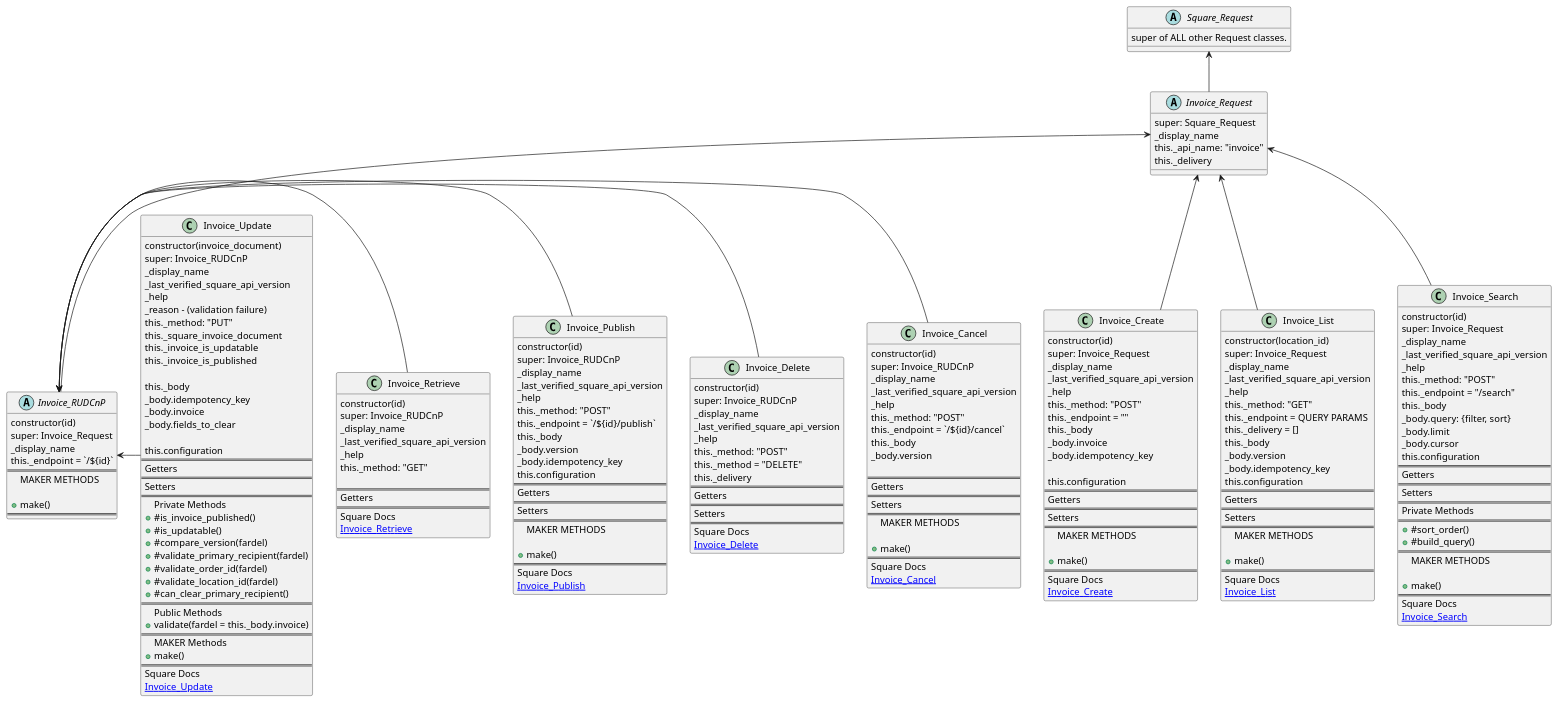
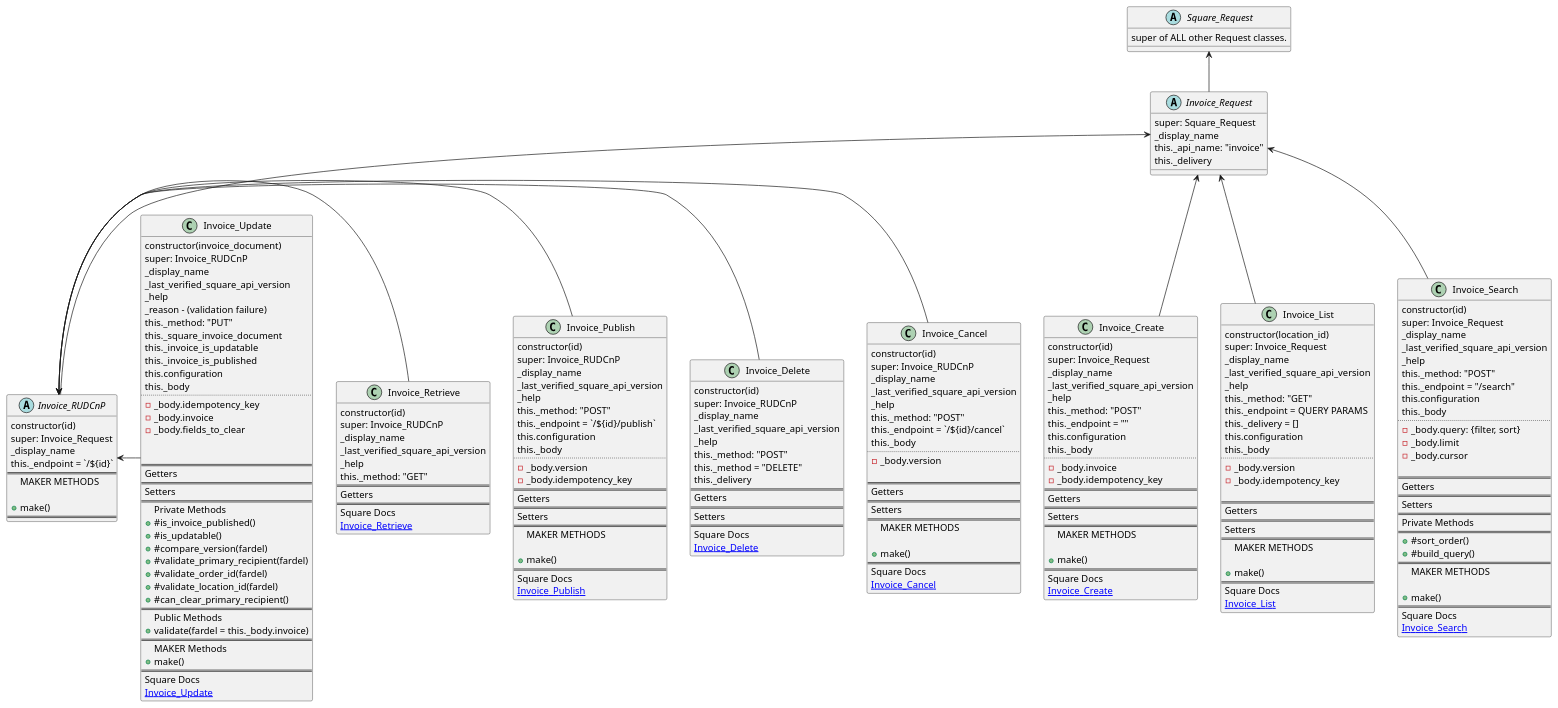
The diagram in docs/uml/pie_invoice_api.puml (TwoFistedJustice/square-pie), drawn with PlantUML before and after one commit.

Commit message:
docs: format body sections

```diff
--- a/docs/uml/pie_invoice_api.puml
+++ b/docs/uml/pie_invoice_api.puml
@@ -44,11 +44,11 @@
 _help
 this._method: "POST"
 this._endpoint = ""
+this.configuration
 this._body
-_body.invoice
-_body.idempotency_key
-
-this.configuration
+..
+-_body.invoice
+-_body.idempotency_key
 ==
 Getters
 ==
@@ -72,10 +72,12 @@
 this._method: "GET"
 this._endpoint = QUERY PARAMS
 this._delivery = []
+this.configuration
 this._body
-_body.version
-_body.idempotency_key
-this.configuration
+..
+-_body.version
+-_body.idempotency_key
+
 ==
 Getters
 ==
@@ -100,7 +102,8 @@
 this._method: "POST"
 this._endpoint = `/${id}/cancel`
 this._body
-_body.version
+..
+-_body.version
 
 ==
 Getters
@@ -142,10 +145,11 @@
 _help
 this._method: "POST"
 this._endpoint = `/${id}/publish`
+this.configuration
 this._body
-_body.version
-_body.idempotency_key
-this.configuration
+..
+-_body.version
+-_body.idempotency_key
 ==
 Getters
 ==
@@ -167,7 +171,6 @@
 _last_verified_square_api_version
 _help
 this._method: "GET"
-
 ==
 Getters
 ==
@@ -183,11 +186,13 @@
 _help
 this._method: "POST"
 this._endpoint = "/search"
+this.configuration
 this._body
-_body.query: {filter, sort}
-_body.limit
-_body.cursor
-this.configuration
+..
+-_body.query: {filter, sort}
+-_body.limit
+-_body.cursor
+
 ==
 Getters
 ==
@@ -217,13 +222,14 @@
 this._square_invoice_document
 this._invoice_is_updatable
 this._invoice_is_published
+this.configuration
+this._body
+..
+-_body.idempotency_key
+-_body.invoice
+-_body.fields_to_clear
 
-this._body
-_body.idempotency_key
-_body.invoice
-_body.fields_to_clear
 
-this.configuration
 ==
 Getters
 ==
```
